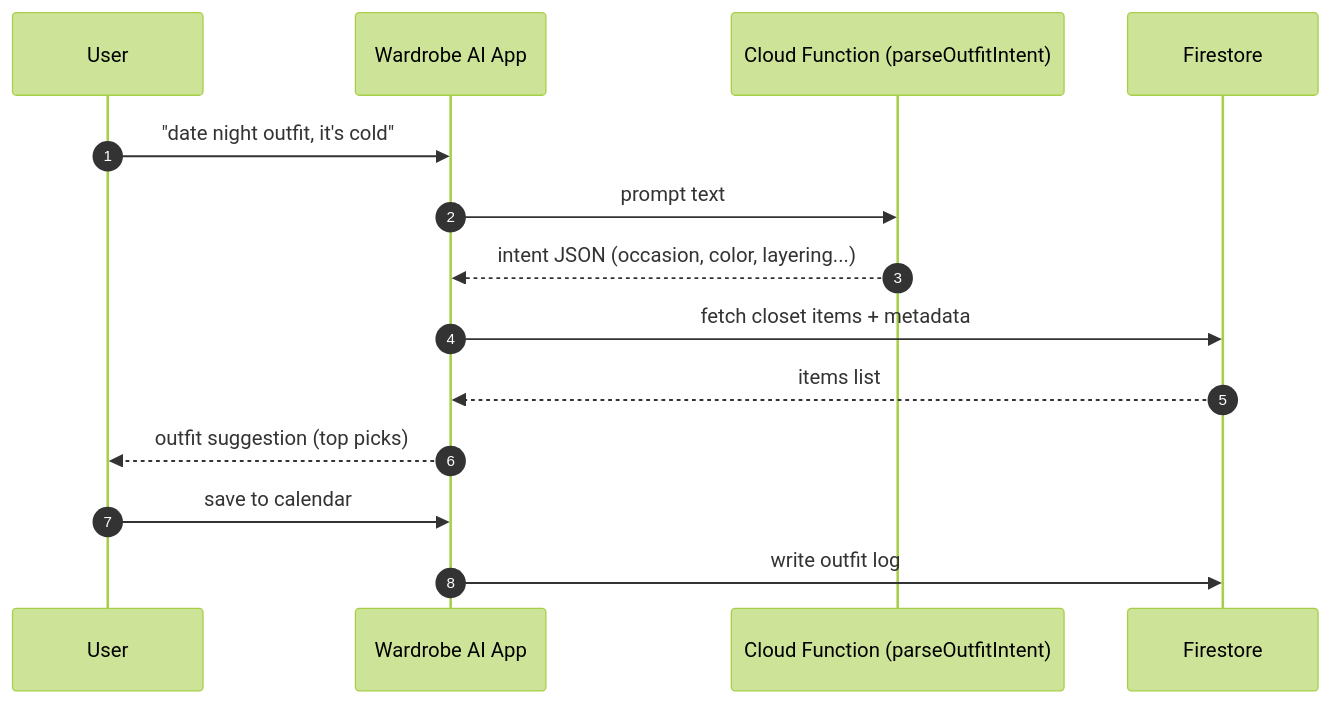
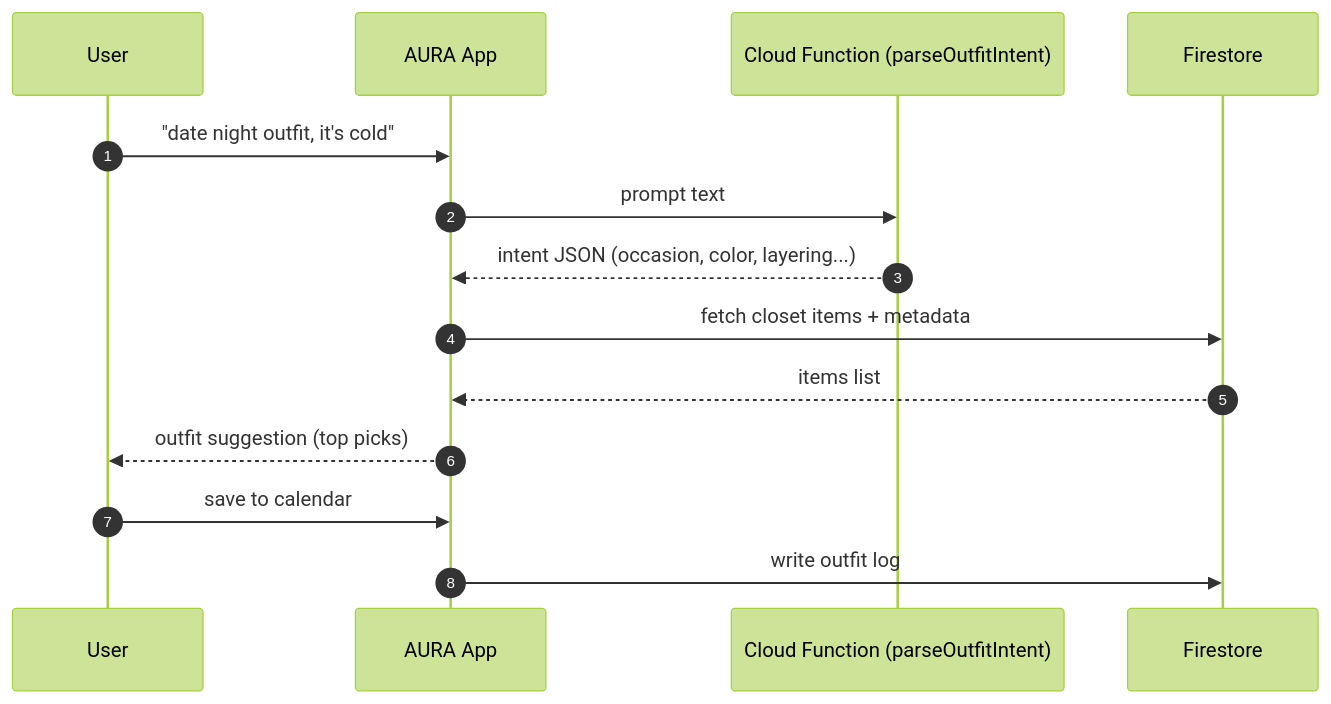
One commit to mirathfan/Wardrobe-AI changed the first of 2 diagrams in README.md. Above: the diagram before and after it, drawn with Mermaid (forest theme). The commit also changed other lines of this file and 9 other files, not shown here.

````diff
--- a/README.md
+++ b/README.md
@@ -41,16 +43,16 @@
 ```mermaid
 sequenceDiagram
   autonumber
   participant U as User
-  participant App as Wardrobe AI App
+  participant App as AURA App
   participant Fn as Cloud Function (parseOutfitIntent)
   participant DB as Firestore
   U->>App: "date night outfit, it's cold"
   App->>Fn: prompt text
   Fn-->>App: intent JSON (occasion, color, layering...)
   App->>DB: fetch closet items + metadata
   DB-->>App: items list
   App-->>U: outfit suggestion (top picks)
   U->>App: save to calendar
   App->>DB: write outfit log
 ```
````
